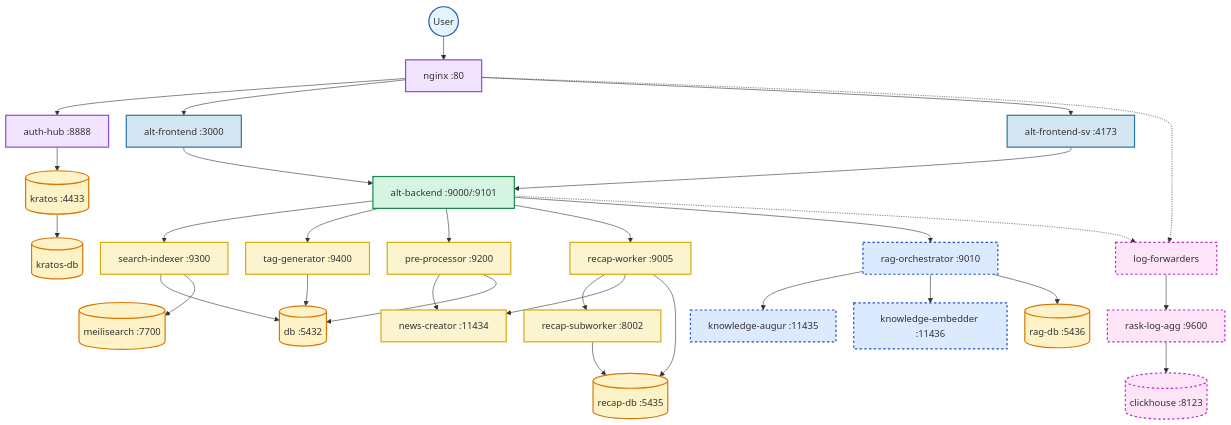
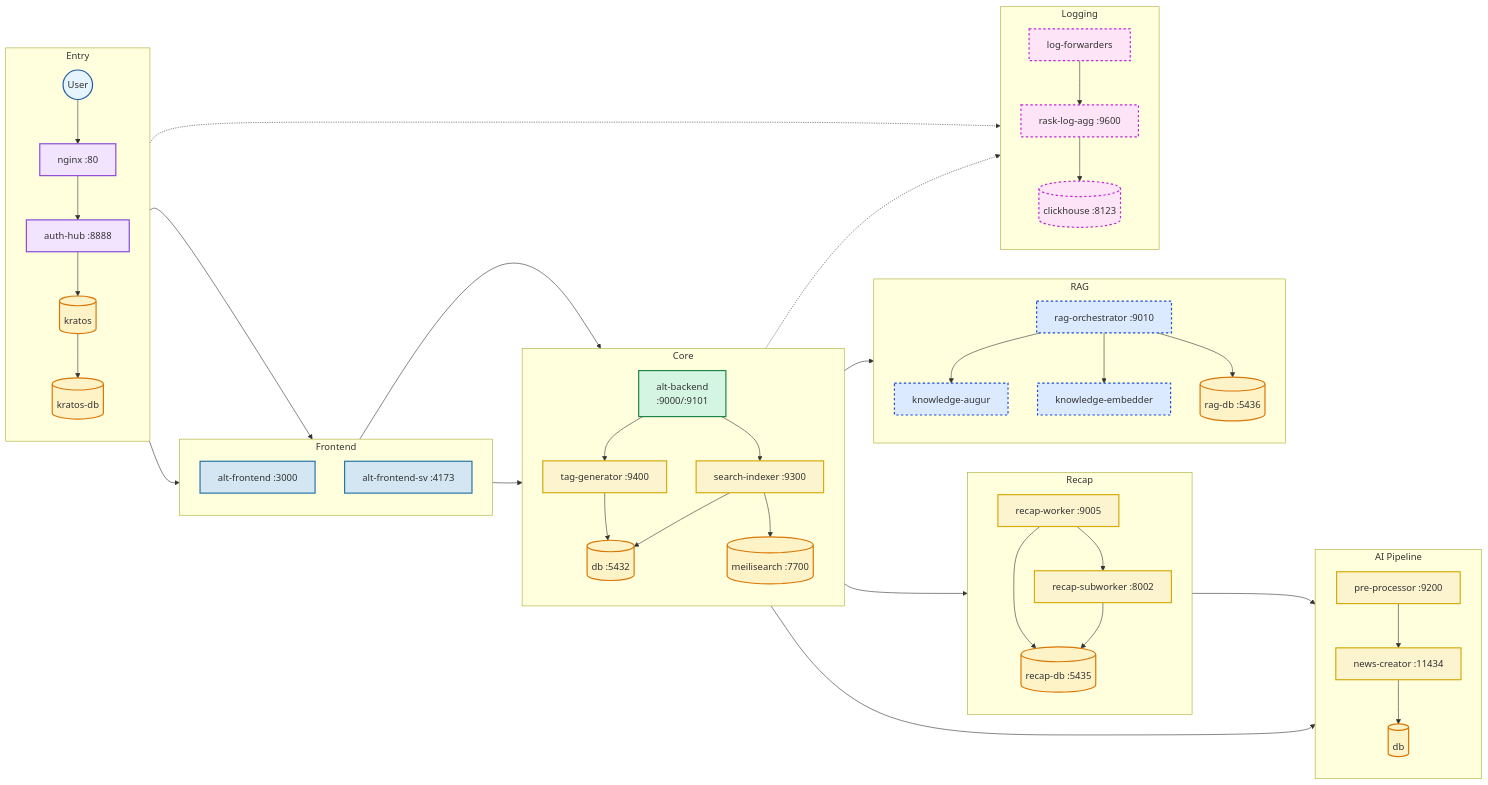
One commit to Kaikei-e/Alt changed the fourth of 9 diagrams in README.md. Above: the diagram before and after it, drawn with Mermaid.

Commit message:
refactor: Update Flowchart in README for Enhanced Clarity and Structure
- Changed the flowchart layout from top-down to left-right for improved readability.
- Organized services into distinct subgraphs for Entry, Frontend, Core, AI Pipeline, Recap, RAG, and Logging.
- Streamlined service interactions and connections, enhancing the overall architecture visualization.
- Improved class definitions and visual styles for better differentiation of components.

````diff
--- a/README.md
+++ b/README.md
@@ -245,43 +245,75 @@
 ```mermaid
-%%{init: {'flowchart': {'nodeSpacing': 30, 'rankSpacing': 40}}}%%
-flowchart TD
+flowchart LR
     classDef client fill:#e6f4ff,stroke:#1f5aa5,stroke-width:2px
     classDef edge fill:#f2e4ff,stroke:#8a4bd7,stroke-width:2px
     classDef fe fill:#d4e6f1,stroke:#2874a6,stroke-width:2px
     classDef be fill:#d5f5e3,stroke:#1e8449,stroke-width:2px
     classDef wk fill:#fcf3cf,stroke:#d4ac0d,stroke-width:2px
     classDef db fill:#fef3c7,stroke:#d97706,stroke-width:2px
     classDef rag fill:#dbeafe,stroke:#1d4ed8,stroke-width:2px,stroke-dasharray:4
     classDef obs fill:#fde4f7,stroke:#c026d3,stroke-width:2px,stroke-dasharray:4
 
-    U((User)):::client --> N[nginx :80]:::edge
-    N --> A[auth-hub :8888]:::edge --> K[(kratos :4433)]:::db --> KD[(kratos-db)]:::db
+    subgraph Entry["Entry"]
+        direction TB
+        U((User)):::client
+        U --> N[nginx :80]:::edge
+        N --> A[auth-hub :8888]:::edge
+        A --> K[(kratos)]:::db
+        K --> KD[(kratos-db)]:::db
+    end
 
-    N --> F1[alt-frontend :3000]:::fe --> API
-    N --> F2[alt-frontend-sv :4173]:::fe --> API
+    subgraph Frontend
+        direction TB
+        F1[alt-frontend :3000]:::fe
+        F2[alt-frontend-sv :4173]:::fe
+    end
 
-    API[alt-backend :9000/:9101]:::be
+    subgraph Core["Core"]
+        direction TB
+        API[alt-backend<br/>:9000/:9101]:::be
+        API --> Idx[search-indexer :9300]:::wk
+        API --> Tag[tag-generator :9400]:::wk
+        Idx --> DB[(db :5432)]:::db
+        Tag --> DB
+        Idx --> M[(meilisearch :7700)]:::db
+    end
 
-    API --> W1[search-indexer :9300]:::wk --> D1[(db :5432)]:::db
-    W1 --> M[(meilisearch :7700)]:::db
+    subgraph AI["AI Pipeline"]
+        direction TB
+        PP[pre-processor :9200]:::wk
+        PP --> NC[news-creator :11434]:::wk
+        NC --> DB2[(db)]:::db
+    end
 
-    API --> W2[tag-generator :9400]:::wk --> D1
+    subgraph Recap["Recap"]
+        direction TB
+        RW[recap-worker :9005]:::wk
+        RW --> RS[recap-subworker :8002]:::wk
+        RW --> RD[(recap-db :5435)]:::db
+        RS --> RD
+    end
 
-    API --> W3[pre-processor :9200]:::wk --> NC[news-creator :11434]:::wk
-    W3 --> D1
+    subgraph RAG["RAG"]
+        direction TB
+        RO[rag-orchestrator :9010]:::rag
+        RO --> AU[knowledge-augur]:::rag
+        RO --> EM[knowledge-embedder]:::rag
+        RO --> VD[(rag-db :5436)]:::db
+    end
 
-    API --> RW[recap-worker :9005]:::wk --> RS[recap-subworker :8002]:::wk
+    subgraph Obs["Logging"]
+        direction TB
+        LF[log-forwarders]:::obs
+        LF --> LA[rask-log-agg :9600]:::obs
+        LA --> CH[(clickhouse :8123)]:::obs
+    end
+
+    N --> F1 & F2
+    F1 & F2 --> API
+    API --> PP
+    API --> RW
+    API --> RO
     RW --> NC
-    RW --> RD[(recap-db :5435)]:::db
-    RS --> RD
-
-    API --> RO[rag-orchestrator :9010]:::rag
-    RO --> AU[knowledge-augur :11435]:::rag
-    RO --> EM[knowledge-embedder :11436]:::rag
-    RO --> VD[(rag-db :5436)]:::db
-
-    LF[log-forwarders]:::obs
     N -.-> LF
     API -.-> LF
-    LF --> LA[rask-log-agg :9600]:::obs --> CH[(clickhouse :8123)]:::obs
 ```
````
